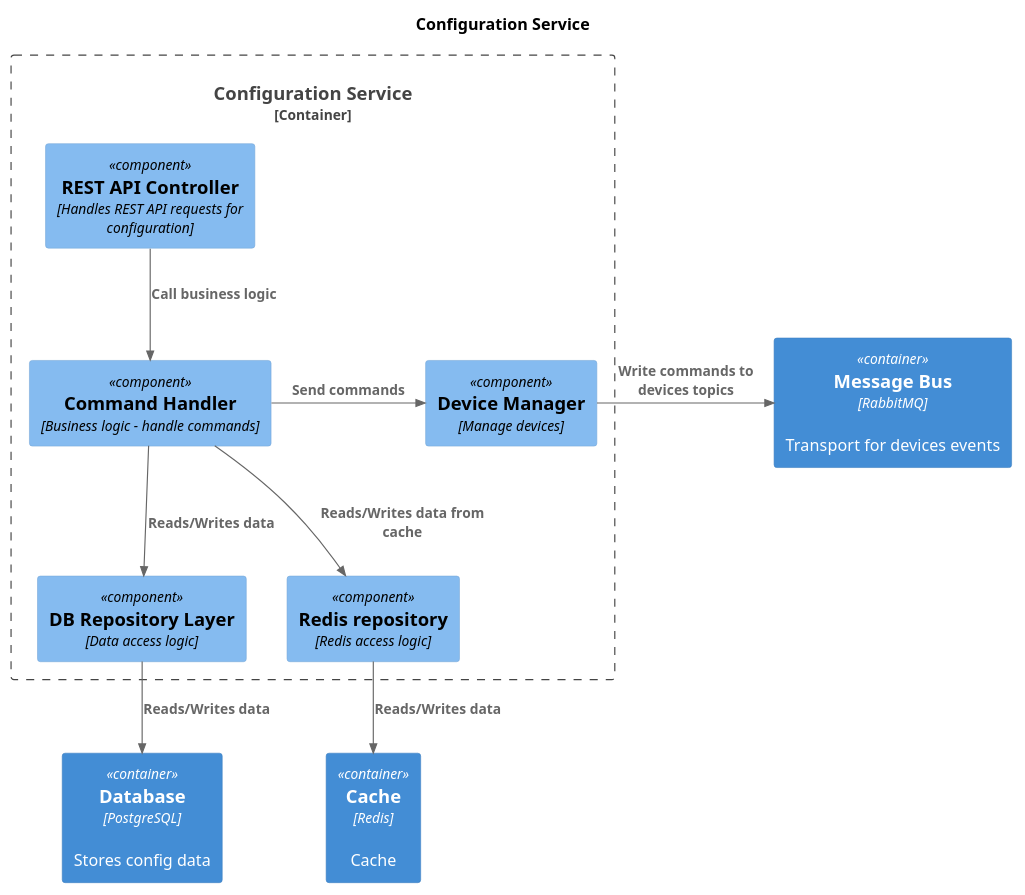
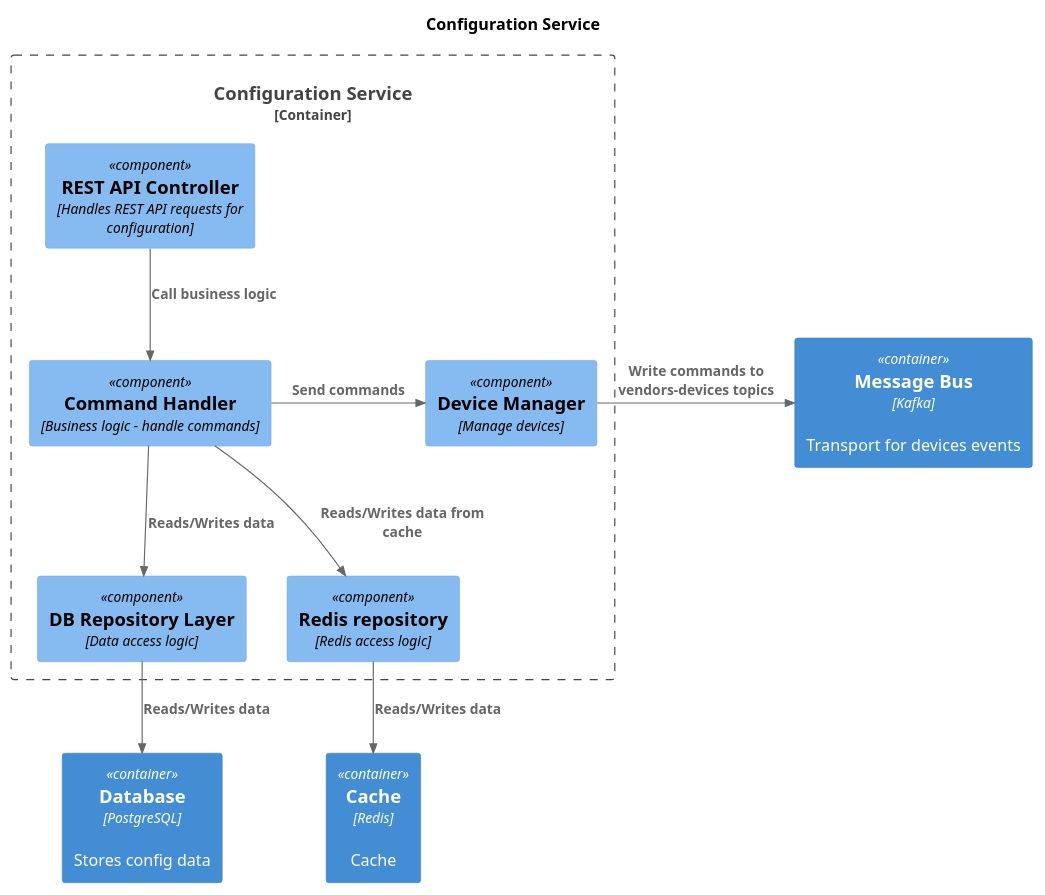
One commit to Natalia588/architecture-sprint-3 changed the diagram in diagrams/to-be/component_configuration.puml. Above: the diagram before and after it, drawn with PlantUML. The commit also changed 12 other files, not shown here.

```diff
--- a/diagrams/to-be/component_configuration.puml
+++ b/diagrams/to-be/component_configuration.puml
@@ -1,29 +1,29 @@
 @startuml
 title Configuration Service
 
 top to bottom direction
 
 !includeurl https://raw.githubusercontent.com/RicardoNiepel/C4-PlantUML/master/C4_Component.puml
 
 Container_Boundary(ConfigurationService, "Configuration Service") {
     Component(restController, "REST API Controller", "Handles REST API requests for configuration")
     Component(serviceLayer, "Command Handler", "Business logic - handle commands")
     Component(manager, "Device Manager", "Manage devices")
     Component(repoLayer, "DB Repository Layer", "Data access logic")
     Component(redisRepo, "Redis repository", "Redis access logic")
 }
 
 Container(db, "Database", "PostgreSQL", "Stores config data")
 Container(cache, "Cache", "Redis", "Cache")
-Container(message_bus, "Message Bus", "RabbitMQ", "Transport for devices events")
+Container(message_bus, "Message Bus", "Kafka", "Transport for devices events")
 
 Rel_D(restController, serviceLayer, "Call business logic")
 Rel_R(serviceLayer, manager, "Send commands")
-Rel_R(manager, message_bus, "Write commands to devices topics")
+Rel_R(manager, message_bus, "Write commands to vendors-devices topics")
 Rel_D(serviceLayer, repoLayer, "Reads/Writes data")
 Rel_D(serviceLayer, redisRepo, "Reads/Writes data from cache")
 Rel_D(repoLayer, db, "Reads/Writes data")
 Rel_D(redisRepo, cache, "Reads/Writes data")
 
 
 @enduml
```
